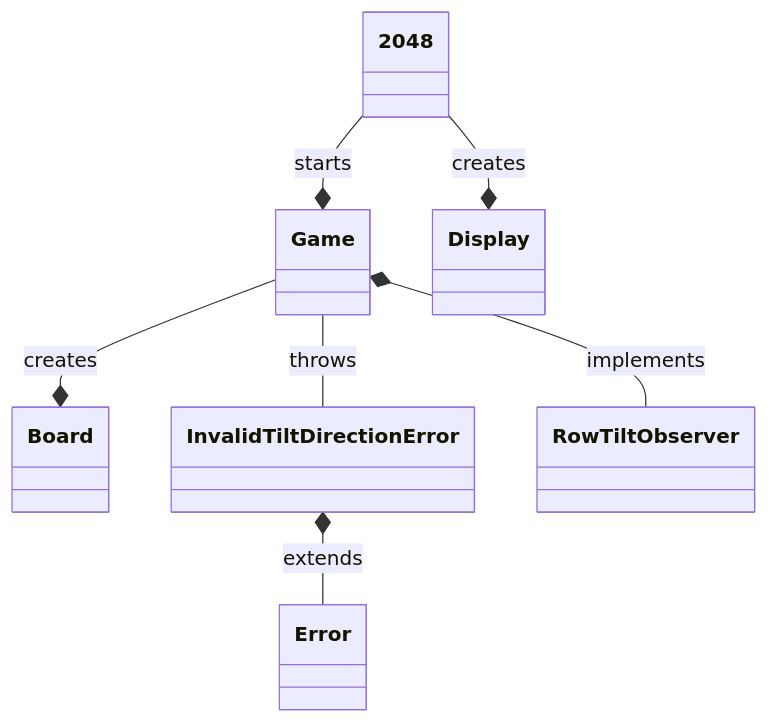
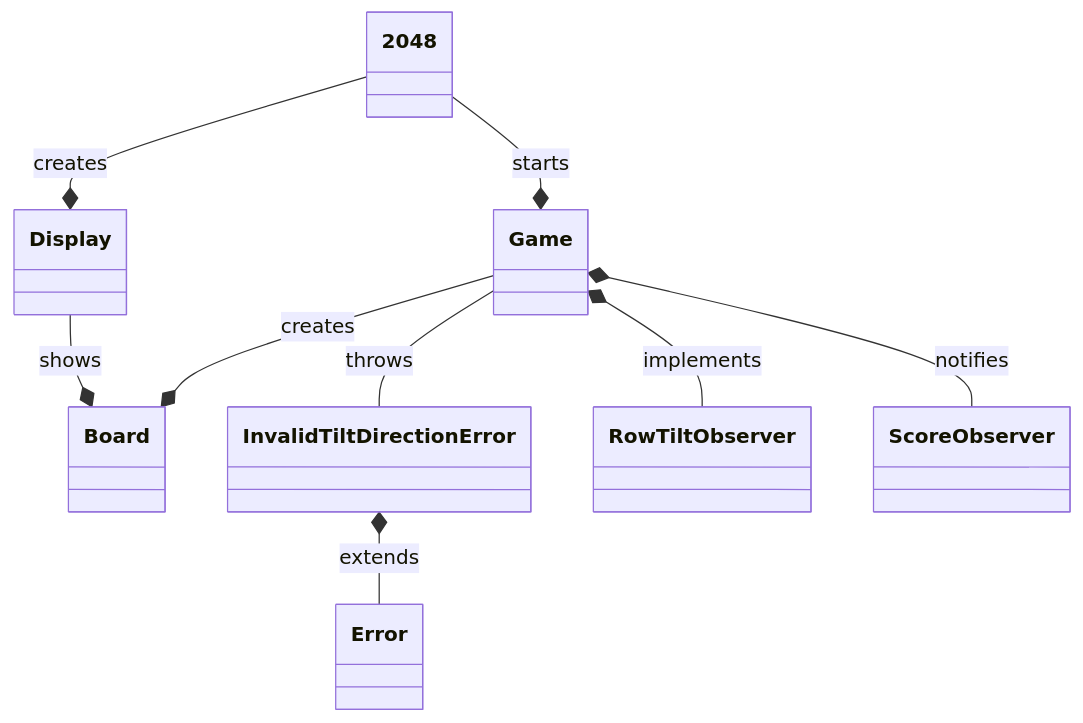
One commit to andeemarks/2048 changed the diagram in README.md. Above: the diagram before and after it, drawn with Mermaid.

Commit message:
Minor updates

````diff
--- a/README.md
+++ b/README.md
@@ -37,10 +37,12 @@
 ```mermaid
 
 classDiagram
     2048--*Game: starts
     2048--*Display: creates
+    Display--*Board: shows
     Game--*Board: creates
     Game--InvalidTiltDirectionError: throws
     Game*--RowTiltObserver: implements
+    Game*--ScoreObserver: notifies
     InvalidTiltDirectionError*--Error: extends
 ```
````
